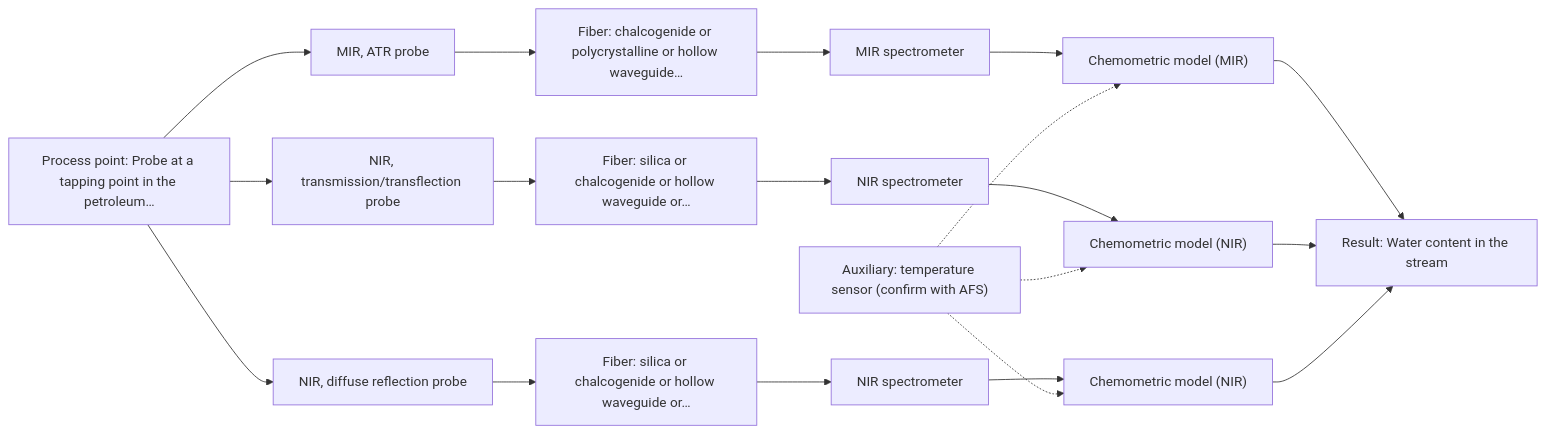
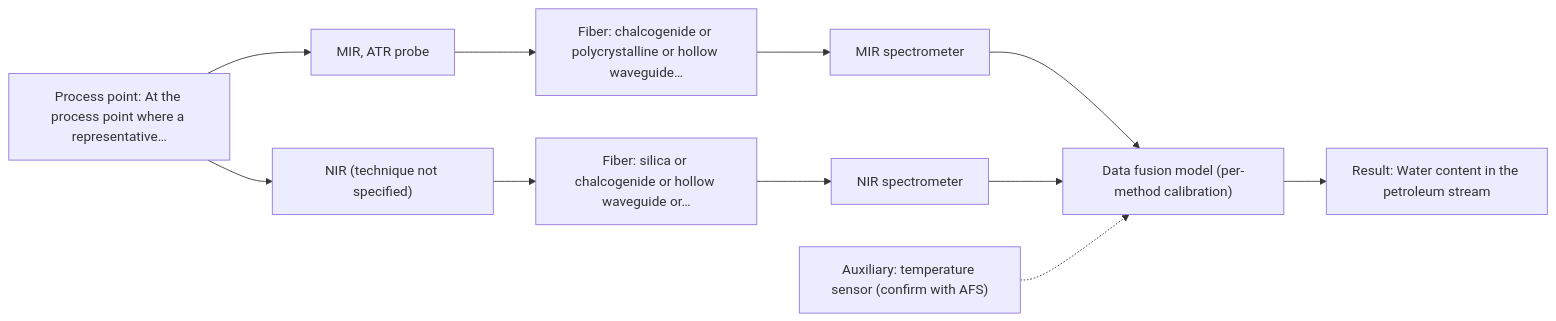
One commit to sleipnir029/Afs-Spectroscopy-Assistant changed the second of 2 diagrams in outputs/dev/D06.md. Above: the diagram before and after it, drawn with Mermaid. The commit also changed other lines of this file and 41 other files, not shown here.

````diff
--- a/outputs/dev/D06.md
+++ b/outputs/dev/D06.md
@@ -37,36 +87,23 @@
 ```mermaid
 flowchart LR
-    proc["Process point: Probe at a tapping point in the petroleum…"]
+    proc["Process point: At the process point where a representative…"]
     probe1["MIR, ATR probe"]
     fiber1["Fiber: chalcogenide or polycrystalline or hollow waveguide…"]
     spec1["MIR spectrometer"]
-    model1["Chemometric model (MIR)"]
-    probe2["NIR, transmission/transflection probe"]
+    probe2["NIR (technique not specified)"]
     fiber2["Fiber: silica or chalcogenide or hollow waveguide or…"]
     spec2["NIR spectrometer"]
-    model2["Chemometric model (NIR)"]
-    probe3["NIR, diffuse reflection probe"]
-    fiber3["Fiber: silica or chalcogenide or hollow waveguide or…"]
-    spec3["NIR spectrometer"]
-    model3["Chemometric model (NIR)"]
-    result["Result: Water content in the stream"]
+    model["Data fusion model (per-method calibration)"]
+    result["Result: Water content in the petroleum stream"]
     aux1["Auxiliary: temperature sensor (confirm with AFS)"]
     proc --> probe1
     probe1 --> fiber1
     fiber1 --> spec1
-    spec1 --> model1
+    spec1 --> model
     proc --> probe2
     probe2 --> fiber2
     fiber2 --> spec2
-    spec2 --> model2
-    proc --> probe3
-    probe3 --> fiber3
-    fiber3 --> spec3
-    spec3 --> model3
-    model1 --> result
-    model2 --> result
-    model3 --> result
-    aux1 -.-> model1
-    aux1 -.-> model2
-    aux1 -.-> model3
+    spec2 --> model
+    model --> result
+    aux1 -.-> model
 ```
````
